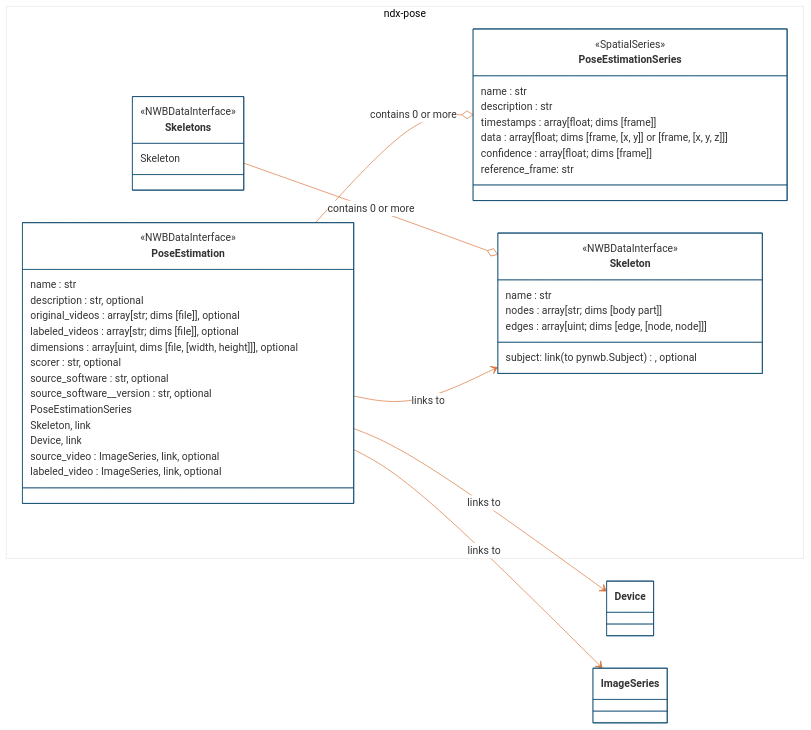
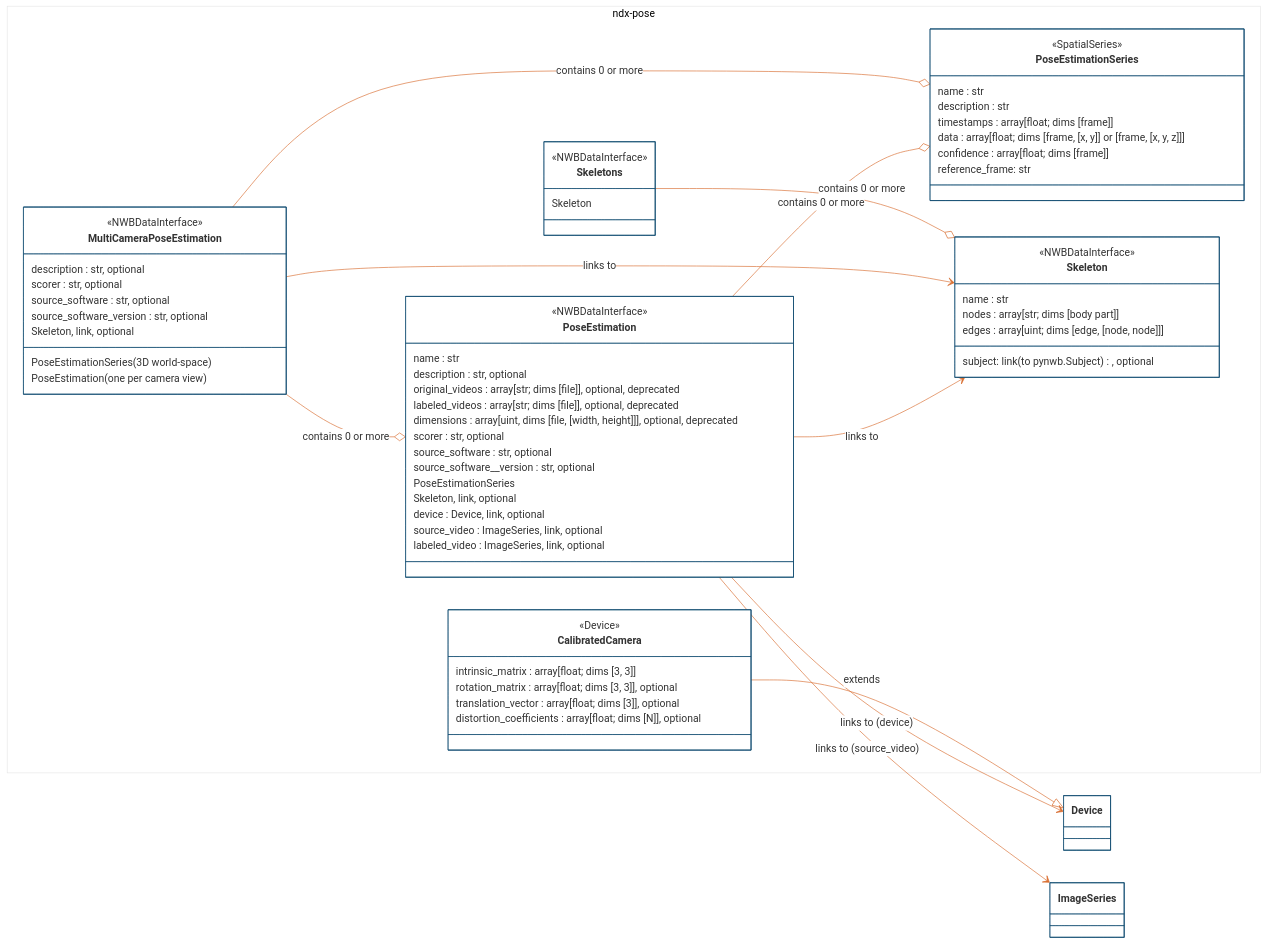
One commit to rly/ndx-pose changed the first of 2 diagrams in README.md. Above: the diagram before and after it, drawn with Mermaid. The commit also changed other lines of this file and 20 other files, not shown here.

Commit message:
Add `MultiCameraPoseEstimation` and `CalibratedCamera` neurodata types (#57)

````diff
--- a/README.md
+++ b/README.md
@@ -121,17 +148,36 @@
             <<NWBDataInterface>>
             name : str
             description : str, optional
-            original_videos : array[str; dims [file]], optional
-            labeled_videos : array[str; dims [file]], optional
-            dimensions : array[uint, dims [file, [width, height]]], optional
+            original_videos : array[str; dims [file]], optional, deprecated
+            labeled_videos : array[str; dims [file]], optional, deprecated
+            dimensions : array[uint, dims [file, [width, height]]], optional, deprecated
             scorer : str, optional
             source_software : str, optional
             source_software__version : str, optional
             PoseEstimationSeries
-            Skeleton, link
-            Device, link
+            Skeleton, link, optional
+            device : Device, link, optional
             source_video : ImageSeries, link, optional
             labeled_video : ImageSeries, link, optional
+        }
+
+        class CalibratedCamera {
+            <<Device>>
+            intrinsic_matrix : array[float; dims [3, 3]]
+            rotation_matrix : array[float; dims [3, 3]], optional
+            translation_vector : array[float; dims [3]], optional
+            distortion_coefficients : array[float; dims [N]], optional
+        }
+
+        class MultiCameraPoseEstimation {
+            <<NWBDataInterface>>
+            description : str, optional
+            scorer : str, optional
+            source_software : str, optional
+            source_software_version : str, optional
+            PoseEstimationSeries (3D world-space)
+            PoseEstimation (one per camera view)
+            Skeleton, link, optional
         }
 
         class Skeletons {
@@ -154,7 +200,14 @@
 
     PoseEstimation --o PoseEstimationSeries : contains 0 or more
     PoseEstimation --> Skeleton : links to
-    PoseEstimation --> Device : links to
-    PoseEstimation --> ImageSeries : links to
+    PoseEstimation --> Device : links to (device)
+    PoseEstimation --> ImageSeries : links to (source_video)
+
+    CalibratedCamera --|> Device : extends
+
+    MultiCameraPoseEstimation --o PoseEstimationSeries : contains 0 or more
+    MultiCameraPoseEstimation --o PoseEstimation : contains 0 or more
+    MultiCameraPoseEstimation --> Skeleton : links to
+
     Skeletons --o Skeleton : contains 0 or more
 ```
````
